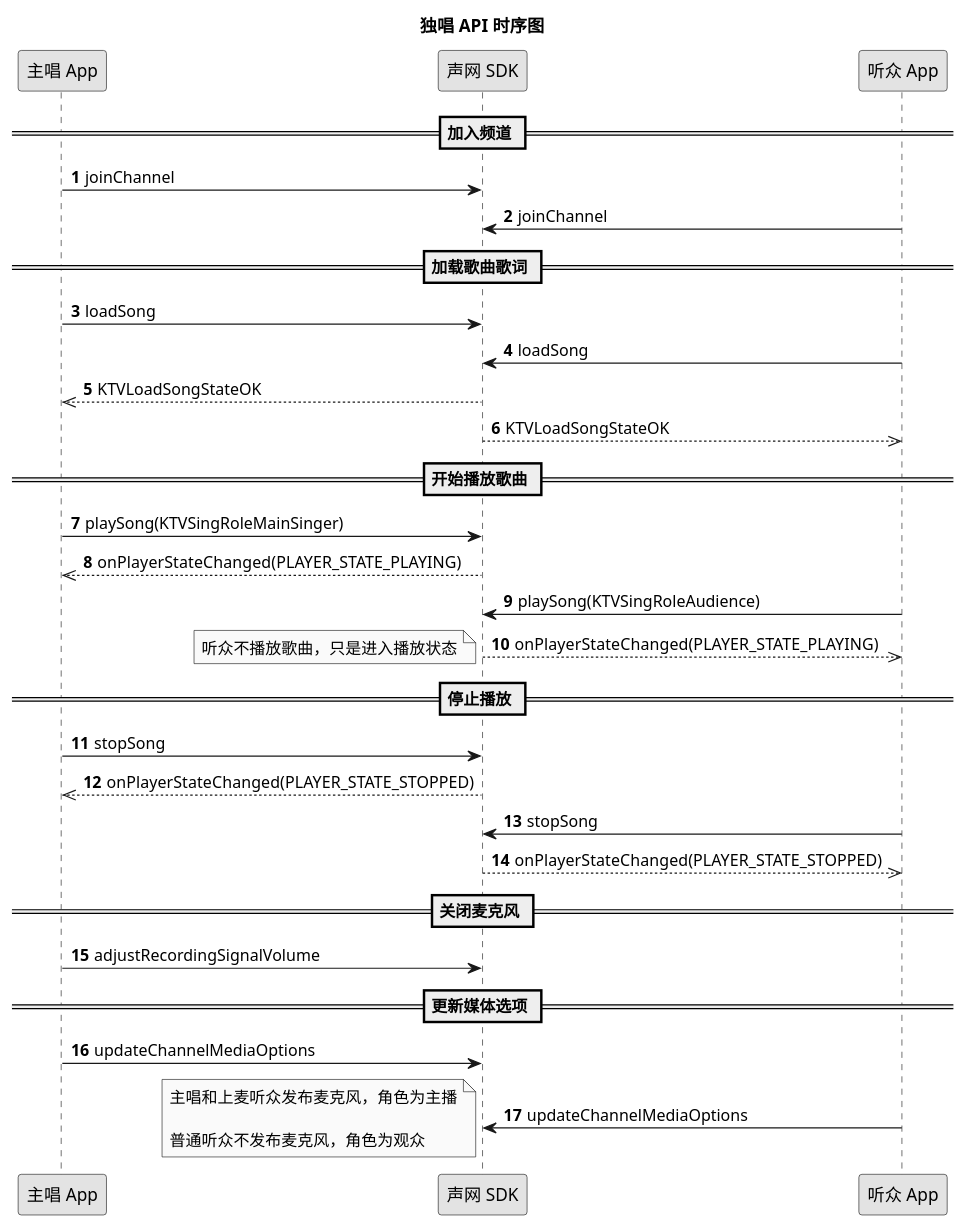
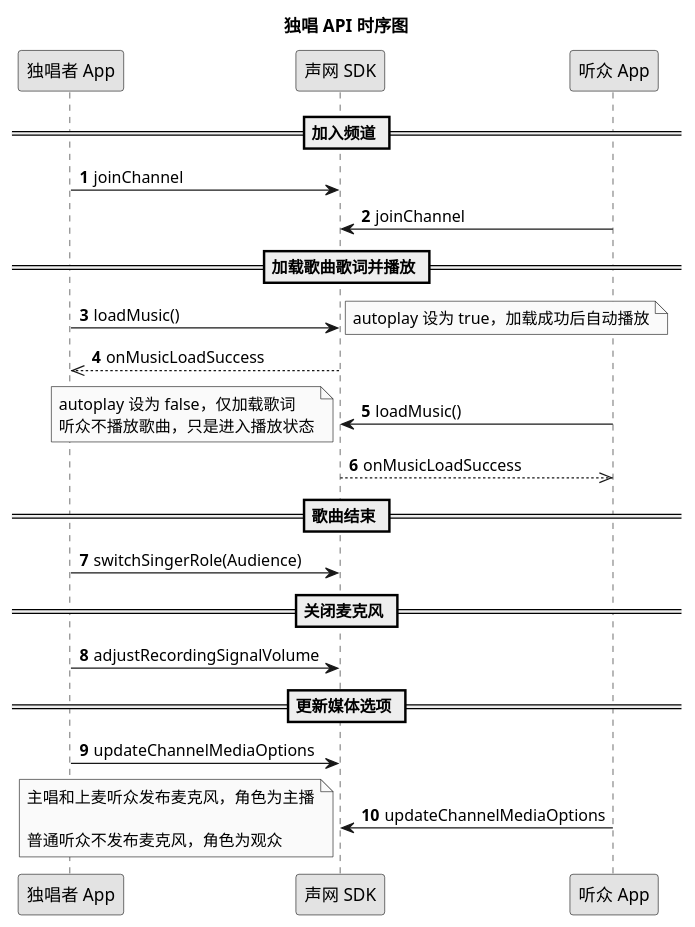
The diagram in markdown/online-ktv/改进/场景化方案/Android/实现文档/独唱.wsd (AgoraIO/agora_doc_source), drawn with PlantUML before and after one commit. The commit also changed 1 other file, not shown here.

```diff
--- a/markdown/online-ktv/改进/场景化方案/Android/实现文档/独唱.wsd
+++ b/markdown/online-ktv/改进/场景化方案/Android/实现文档/独唱.wsd
@@ -1,39 +1,35 @@
 @startuml
 title 独唱 API 时序图
 autonumber
 skinparam monochrome true
-participant "主唱 App" as a
+participant "独唱者 App" as a
 participant "声网 SDK" as b
 participant "听众 App" as c
 == 加入频道 ==
 a -> b: joinChannel
 c -> b: joinChannel
-== 加载歌曲歌词 ==
-a -> b: loadSong
-c -> b: loadSong
-b -->> a: KTVLoadSongStateOK
-b -->> c: KTVLoadSongStateOK
-== 开始播放歌曲 ==
-a -> b: playSong(KTVSingRoleMainSinger)
-b -->> a: onPlayerStateChanged(PLAYER_STATE_PLAYING)
-c -> b: playSong(KTVSingRoleAudience)
-b -->> c: onPlayerStateChanged(PLAYER_STATE_PLAYING)
+== 加载歌曲歌词并播放 ==
+a -> b: loadMusic()
+note right
+autoplay 设为 true，加载成功后自动播放
+end note
+b -->> a: onMusicLoadSuccess
+c -> b: loadMusic()
 note left
+autoplay 设为 false，仅加载歌词
 听众不播放歌曲，只是进入播放状态
 end note
-== 停止播放 ==
-a -> b: stopSong
-b -->> a: onPlayerStateChanged(PLAYER_STATE_STOPPED)
-c -> b: stopSong
-b -->> c: onPlayerStateChanged(PLAYER_STATE_STOPPED)
+b -->> c: onMusicLoadSuccess
+== 歌曲结束 ==
+a -> b: switchSingerRole(Audience)
 == 关闭麦克风 ==
 a -> b: adjustRecordingSignalVolume
 == 更新媒体选项 ==
 a -> b: updateChannelMediaOptions
 c -> b: updateChannelMediaOptions
 note left
 主唱和上麦听众发布麦克风，角色为主播
 
 普通听众不发布麦克风，角色为观众
 end note
 @enduml
```
